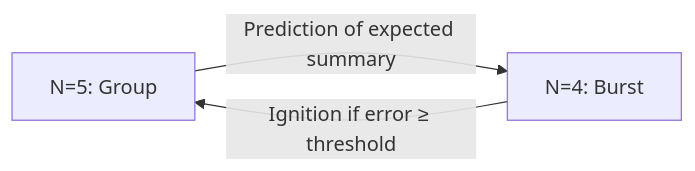
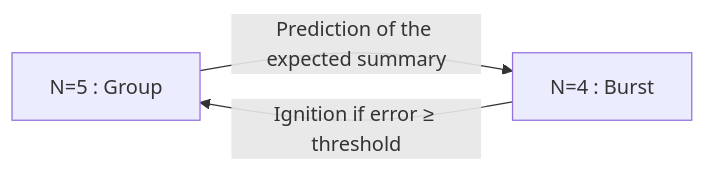
Before and after one commit to AlainCo/GNWT-Garrigue-X-en: the second of 8 diagrams in architecture/architecture.md, drawn with Mermaid. The commit also changed other lines of this file and 31 other files, not shown here.

````diff
--- a/architecture/architecture.md
+++ b/architecture/architecture.md
@@ -26,5 +25,5 @@
 ```mermaid
 flowchart LR
-    N5["N=5: Group"] -->|"Prediction of expected summary"| N4["N=4: Burst"]
+    N5["N=5 : Group"] -->|"Prediction of the expected summary"| N4["N=4 : Burst"]
     N4 -->|"Ignition if error ≥ threshold"| N5
 ```
````
